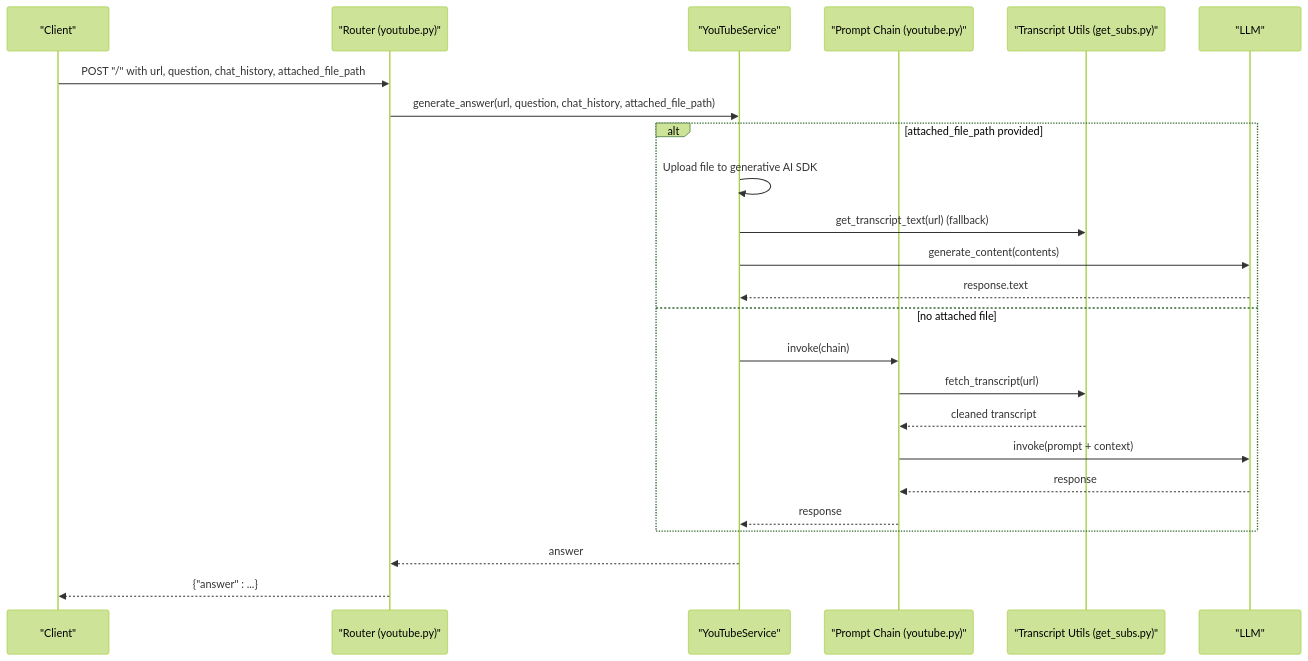
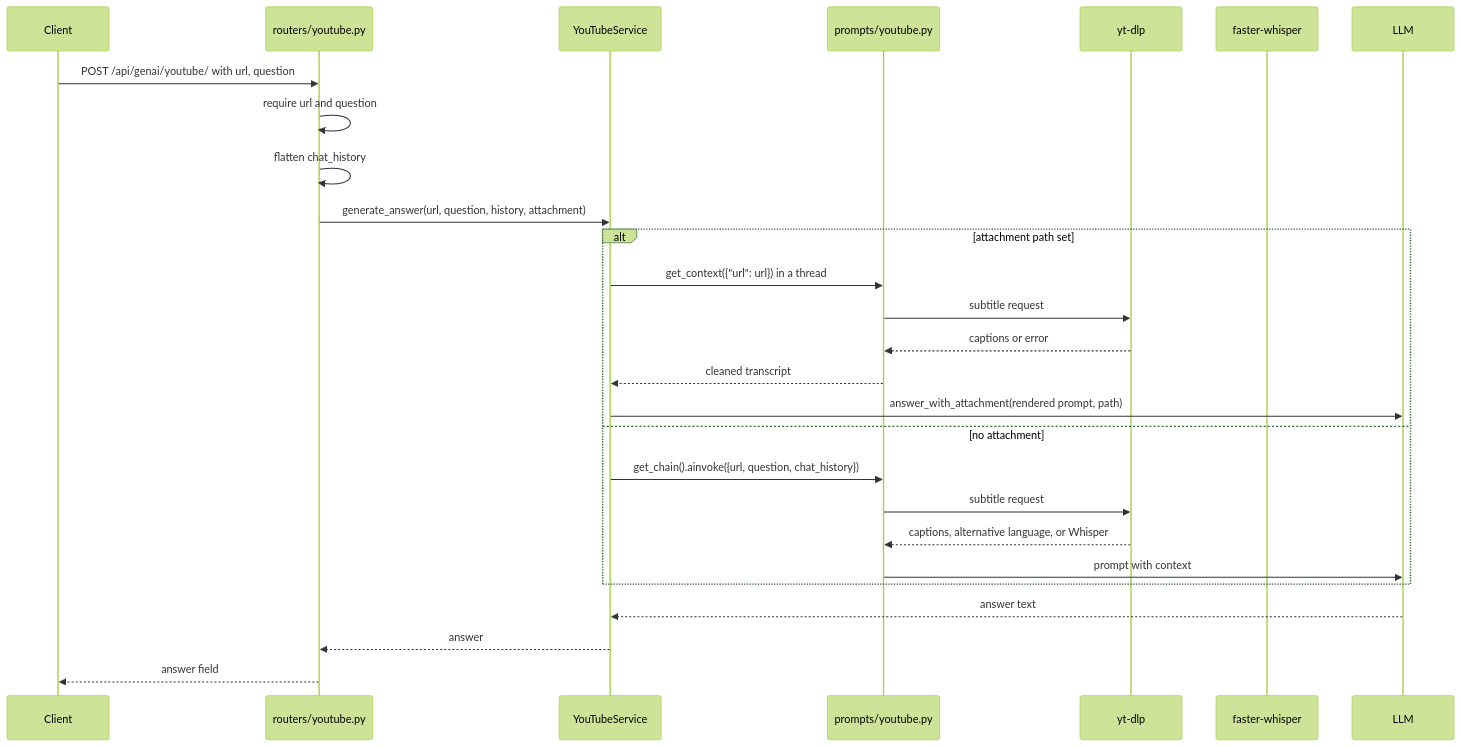
The second of 6 diagrams in src/data/docs/agentic-browser/Service Integrations/YouTube Integration.md (tashifkhan/tashif.codes), drawn with Mermaid (forest theme) before and after one commit. The commit also changed other lines of this file and 114 other files, not shown here.

````diff
--- a/src/data/docs/agentic-browser/Service Integrations/YouTube Integration.md
+++ b/src/data/docs/agentic-browser/Service Integrations/YouTube Integration.md
@@ -68,26 +65,29 @@
 ```mermaid
 sequenceDiagram
-participant C as "Client"
-participant R as "Router (youtube.py)"
-participant S as "YouTubeService"
-participant P as "Prompt Chain (youtube.py)"
-participant T as "Transcript Utils (get_subs.py)"
-participant G as "LLM"
-C->>R : POST "/" with url, question, chat_history, attached_file_path
-R->>S : generate_answer(url, question, chat_history, attached_file_path)
-alt attached_file_path provided
-S->>S : Upload file to generative AI SDK
-S->>T : get_transcript_text(url) (fallback)
-S->>G : generate_content(contents)
-G-->>S : response.text
-else no attached file
-S->>P : invoke(chain)
-P->>T : fetch_transcript(url)
-T-->>P : cleaned transcript
-P->>G : invoke(prompt + context)
-G-->>P : response
-P-->>S : response
-end
-S-->>R : answer
-R-->>C : {"answer" : ...}
+  participant C as Client
+  participant R as routers/youtube.py
+  participant S as YouTubeService
+  participant P as prompts/youtube.py
+  participant Y as yt-dlp
+  participant W as faster-whisper
+  participant L as LLM
+  C->>R: POST /api/genai/youtube/ with url, question
+  R->>R: require url and question
+  R->>R: flatten chat_history
+  R->>S: generate_answer(url, question, history, attachment)
+  alt attachment path set
+    S->>P: get_context({"url": url}) in a thread
+    P->>Y: subtitle request
+    Y-->>P: captions or error
+    P-->>S: cleaned transcript
+    S->>L: answer_with_attachment(rendered prompt, path)
+  else no attachment
+    S->>P: get_chain().ainvoke({url, question, chat_history})
+    P->>Y: subtitle request
+    Y-->>P: captions, alternative language, or Whisper
+    P->>L: prompt with context
+  end
+  L-->>S: answer text
+  S-->>R: answer
+  R-->>C: answer field
 ```
````
